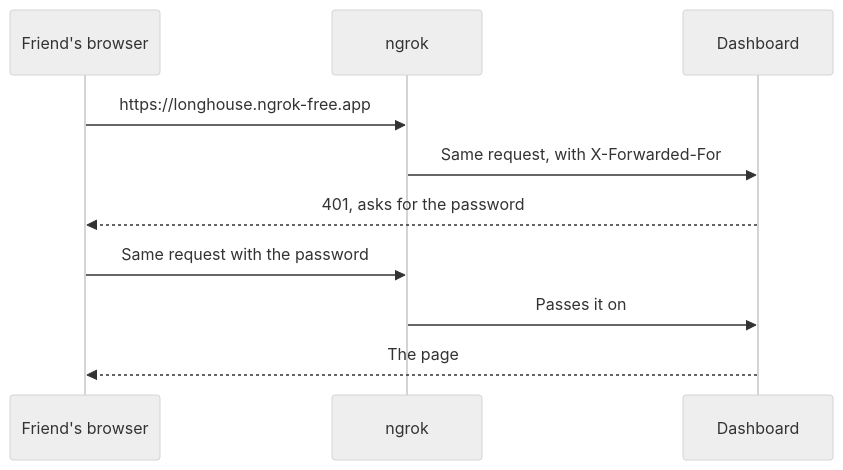
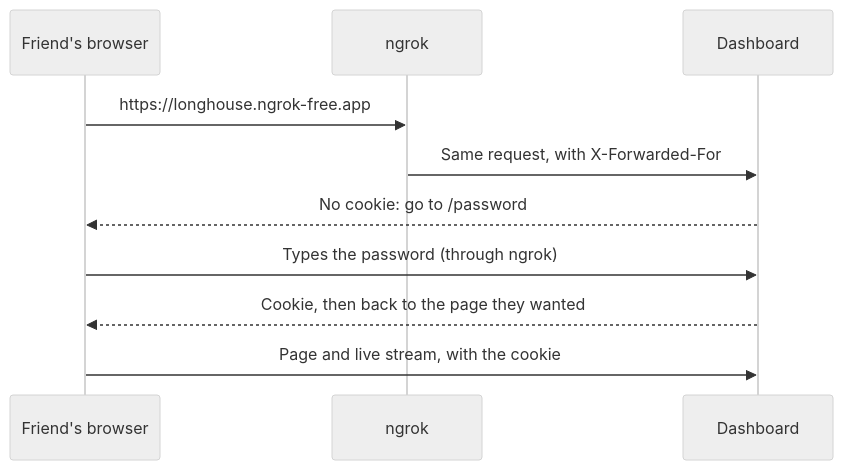
Before and after one commit to cristiadu/valheim-dashboard: the sixth of 9 diagrams in docs/architecture.md, drawn with Mermaid (neutral theme). The commit also changed other lines of this file and 16 other files, not shown here.

Commit message:
Ask for the password on a dashboard page instead of the browser's login box

````diff
--- a/docs/architecture.md
+++ b/docs/architecture.md
@@ -102,12 +102,12 @@
 ```mermaid
 sequenceDiagram
   participant F as Friend's browser
   participant N as ngrok
   participant D as Dashboard
   F->>N: https://longhouse.ngrok-free.app
   N->>D: Same request, with X-Forwarded-For
-  D-->>F: 401, asks for the password
-  F->>N: Same request with the password
-  N->>D: Passes it on
-  D-->>F: The page
+  D-->>F: No cookie: go to /password
+  F->>D: Types the password (through ngrok)
+  D-->>F: Cookie, then back to the page they wanted
+  F->>D: Page and live stream, with the cookie
 ```
````
